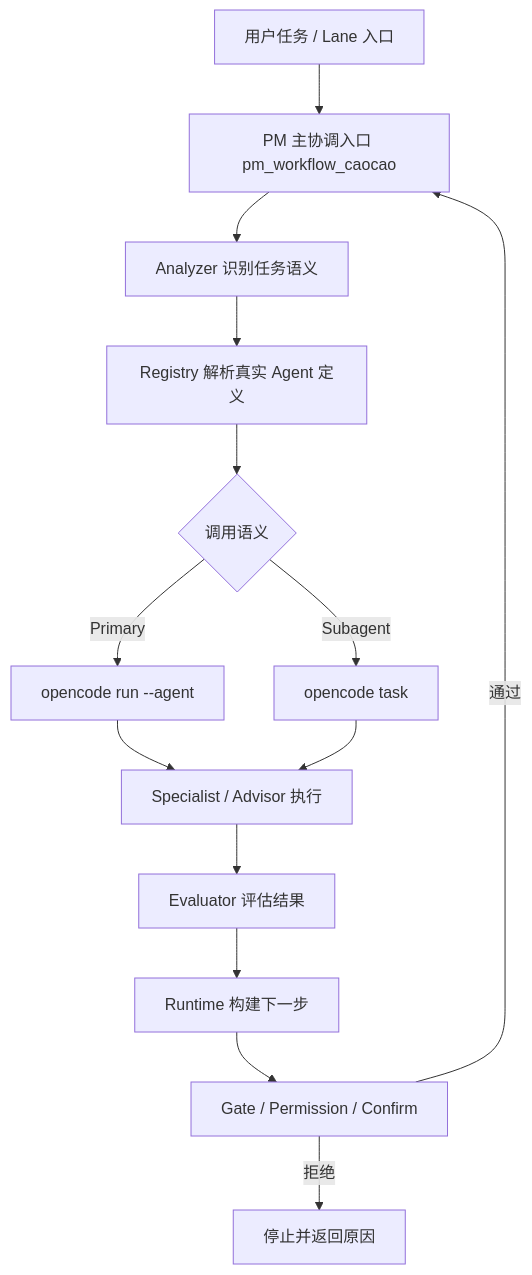
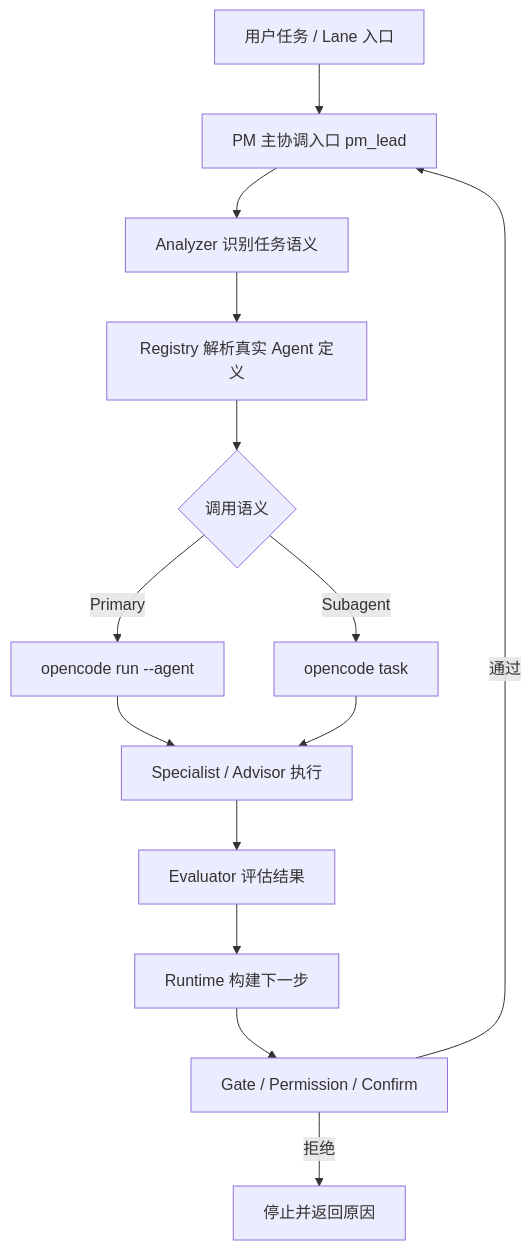
One commit to walke2019/opencode-pm-workflow changed the first of 4 diagrams in docs/01-技术架构.md. Above: the diagram before and after it, drawn with Mermaid. The commit also changed other lines of this file and 3 other files, not shown here.

````diff
--- a/docs/01-技术架构.md
+++ b/docs/01-技术架构.md
@@ -78,16 +77,16 @@
 ```mermaid
 flowchart TD
-    A[用户任务 / Lane 入口] --> B[PM 主协调入口 pm_workflow_caocao]
+    A[用户任务 / Lane 入口] --> B[PM 主协调入口 pm_lead]
     B --> C[Analyzer 识别任务语义]
     C --> D[Registry 解析真实 Agent 定义]
     D --> E{调用语义}
     E -->|Primary| F[opencode run --agent]
     E -->|Subagent| G[opencode task]
     F --> H[Specialist / Advisor 执行]
     G --> H
     H --> I[Evaluator 评估结果]
     I --> J[Runtime 构建下一步]
     J --> K[Gate / Permission / Confirm]
     K -->|通过| B
     K -->|拒绝| L[停止并返回原因]
 ```
````
